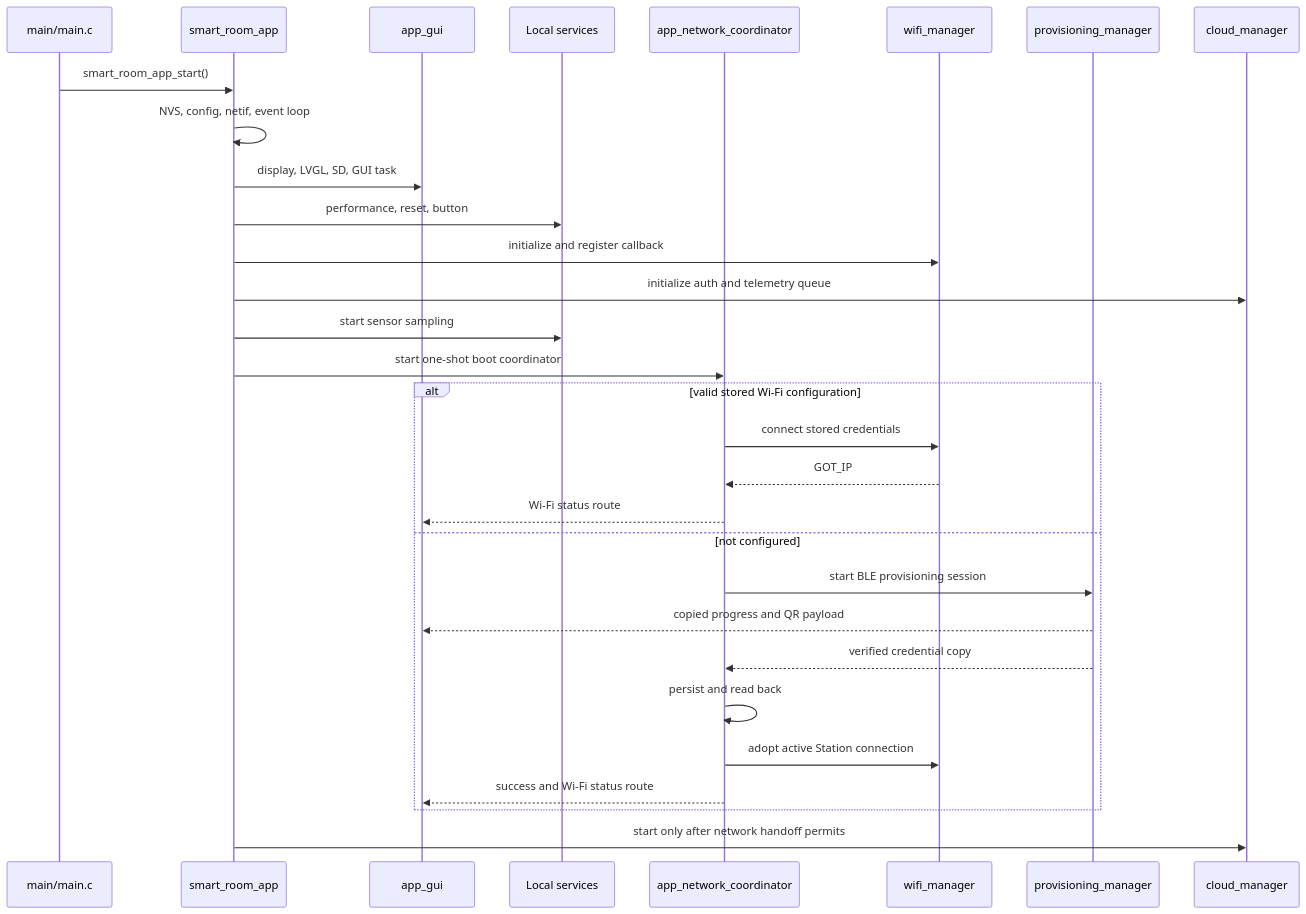
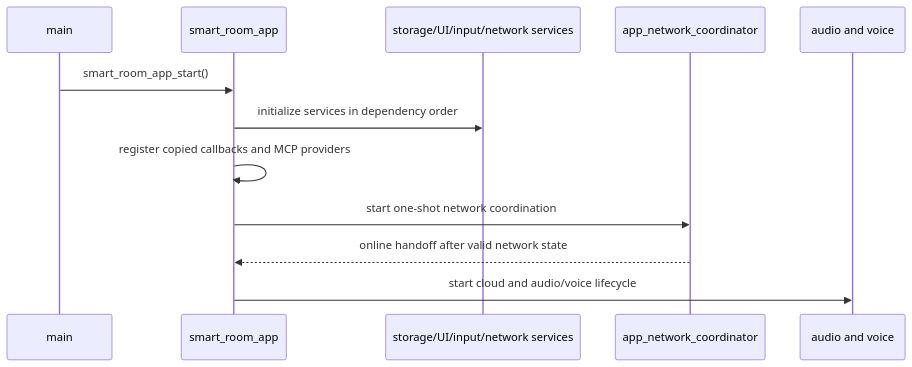
The second of 2 diagrams in docs/ARCHITECTURE.md (HaiHeHuoc/Smart_Room_Cloud_Gateway), drawn with Mermaid before and after one commit. The commit also changed other lines of this file and 17 other files, not shown here.

````diff
--- a/docs/ARCHITECTURE.md
+++ b/docs/ARCHITECTURE.md
@@ -98,35 +54,14 @@
 ```mermaid
 sequenceDiagram
-    participant Main as main/main.c
+    participant Main as main
     participant App as smart_room_app
-    participant GUI as app_gui
-    participant Local as Local services
-    participant Coord as app_network_coordinator
-    participant WiFi as wifi_manager
-    participant Prov as provisioning_manager
-    participant Cloud as cloud_manager
-
+    participant Core as storage/UI/input/network services
+    participant Net as app_network_coordinator
+    participant AV as audio and voice
     Main->>App: smart_room_app_start()
-    App->>App: NVS, config, netif, event loop
-    App->>GUI: display, LVGL, SD, GUI task
-    App->>Local: performance, reset, button
-    App->>WiFi: initialize and register callback
-    App->>Cloud: initialize auth and telemetry queue
-    App->>Local: start sensor sampling
-    App->>Coord: start one-shot boot coordinator
-
-    alt valid stored Wi-Fi configuration
-        Coord->>WiFi: connect stored credentials
-        WiFi-->>Coord: GOT_IP
-        Coord-->>GUI: Wi-Fi status route
-    else not configured
-        Coord->>Prov: start BLE provisioning session
-        Prov-->>GUI: copied progress and QR payload
-        Prov-->>Coord: verified credential copy
-        Coord->>Coord: persist and read back
-        Coord->>WiFi: adopt active Station connection
-        Coord-->>GUI: success and Wi-Fi status route
-    end
-
-    App->>Cloud: start only after network handoff permits
+    App->>Core: initialize services in dependency order
+    App->>App: register copied callbacks and MCP providers
+    App->>Net: start one-shot network coordination
+    Net-->>App: online handoff after valid network state
+    App->>AV: start cloud and audio/voice lifecycle
 ```
````
